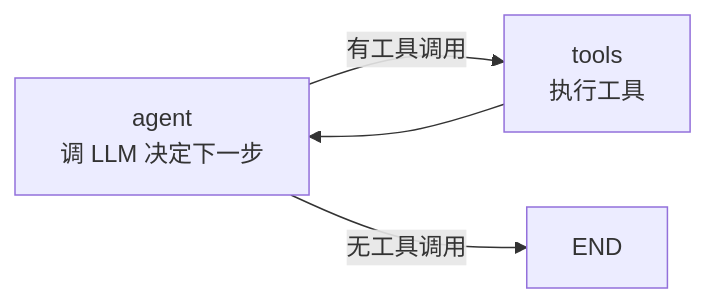
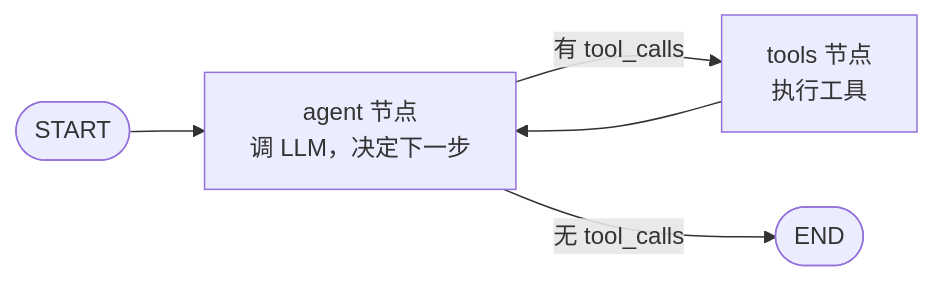
Before and after one commit to wanglh39/langgraph: the first of 5 diagrams in docs/stages/stage_9_agent.md, drawn with Mermaid. The commit also changed other lines of this file and 16 other files, not shown here.

````diff
--- a/docs/stages/stage_9_agent.md
+++ b/docs/stages/stage_9_agent.md
@@ -10,6 +103,7 @@
 ```mermaid
 graph LR
-    A[agent<br/>调 LLM 决定下一步] -->|有工具调用| T[tools<br/>执行工具]
+    S([START]) --> A
+    A["agent 节点<br/>调 LLM，决定下一步"] -->|"有 tool_calls"| T["tools 节点<br/>执行工具"]
     T --> A
-    A -->|无工具调用| E[END]
+    A -->|"无 tool_calls"| E([END])
 ```
````
